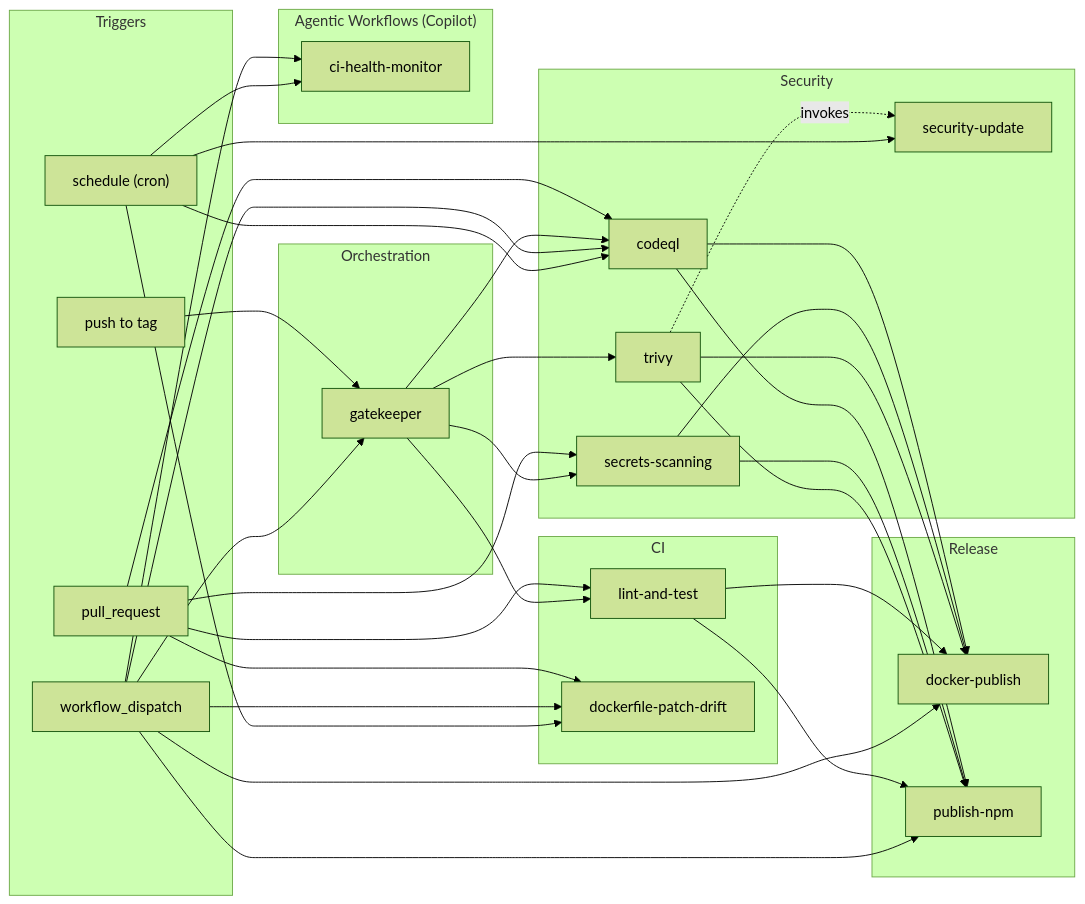
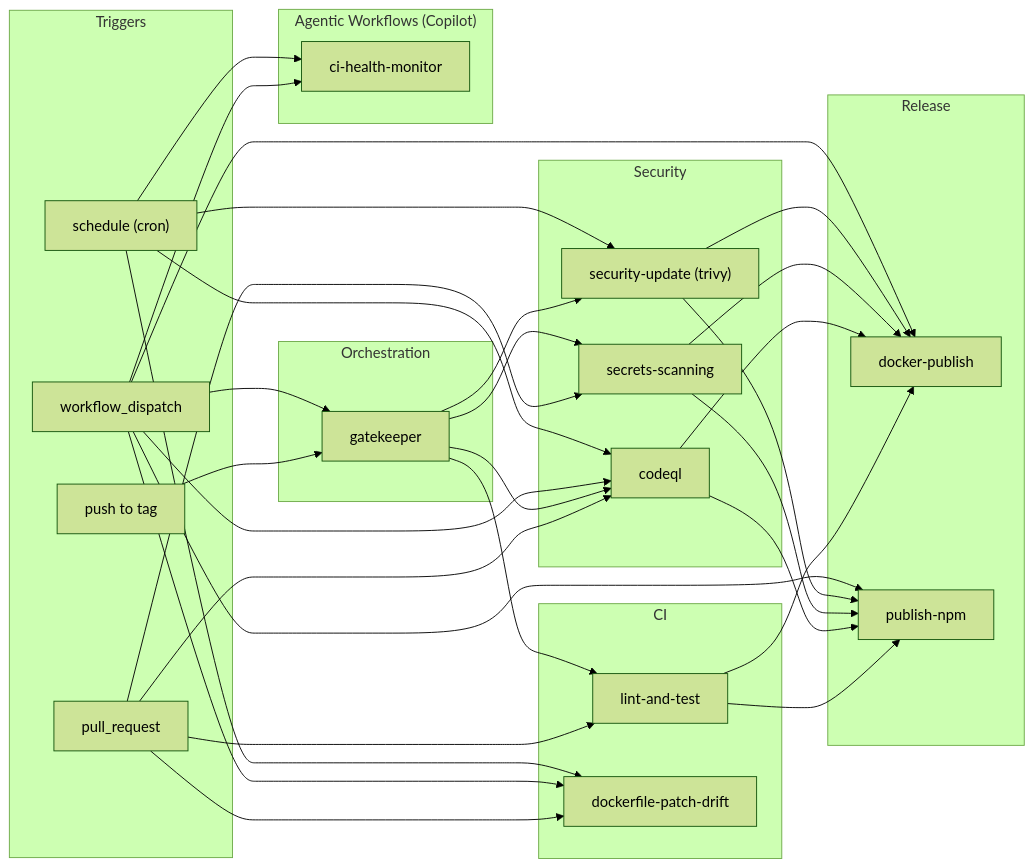
Before and after one commit to neverinfamous/mysql-mcp: the diagram in .github/workflows/README.md, drawn with Mermaid (forest theme). The commit also changed other lines of this file and 8 other files, not shown here.

````diff
--- a/.github/workflows/README.md
+++ b/.github/workflows/README.md
@@ -7,63 +10,60 @@
 ```mermaid
 flowchart LR
     subgraph Triggers["Triggers"]
         Tag["push to tag"]
         PR["pull_request"]
         Sched["schedule (cron)"]
         Manual["workflow_dispatch"]
     end
 
     subgraph Orchestration["Orchestration"]
         Gate["gatekeeper"]
     end
 
     subgraph CI["CI"]
         LT["lint-and-test"]
         DPD["dockerfile-patch-drift"]
     end
 
     subgraph Security["Security"]
         CQL["codeql"]
         SS["secrets-scanning"]
-        Trivy["trivy"]
-        SU["security-update"]
+        SU["security-update (trivy)"]
     end
 
     subgraph Release_["Release"]
         DP["docker-publish"]
         NPM["publish-npm"]
     end
 
     subgraph Agentic["Agentic Workflows (Copilot)"]
         CHM["ci-health-monitor"]
     end
 
     PR --> LT
     PR --> CQL
     PR --> SS
     PR --> DPD
 
     Tag --> Gate
     Manual --> Gate
 
     Gate --> LT
     Gate --> CQL
     Gate --> SS
-    Gate --> Trivy
+    Gate --> SU
 
-    LT & CQL & SS & Trivy --> DP
-    LT & CQL & SS & Trivy --> NPM
-    
-    Trivy -. invokes .-> SU
+    LT & CQL & SS & SU --> DP
+    LT & CQL & SS & SU --> NPM
 
     Manual --> NPM
     Manual --> DP
     Manual --> CQL
     Manual --> CHM
     Manual --> DPD
 
     Sched --> CQL
     Sched --> CHM
     Sched --> SU
     Sched --> DPD
 ```
````
